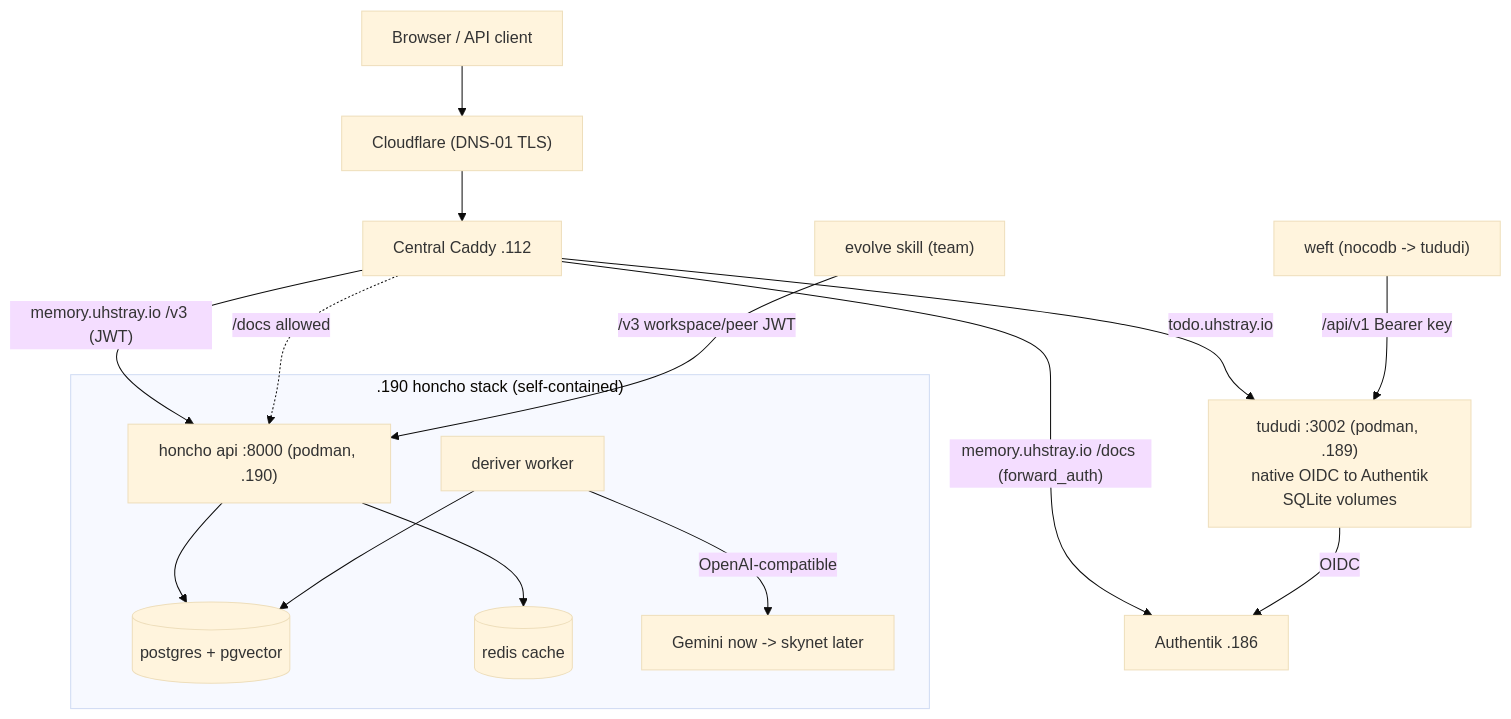
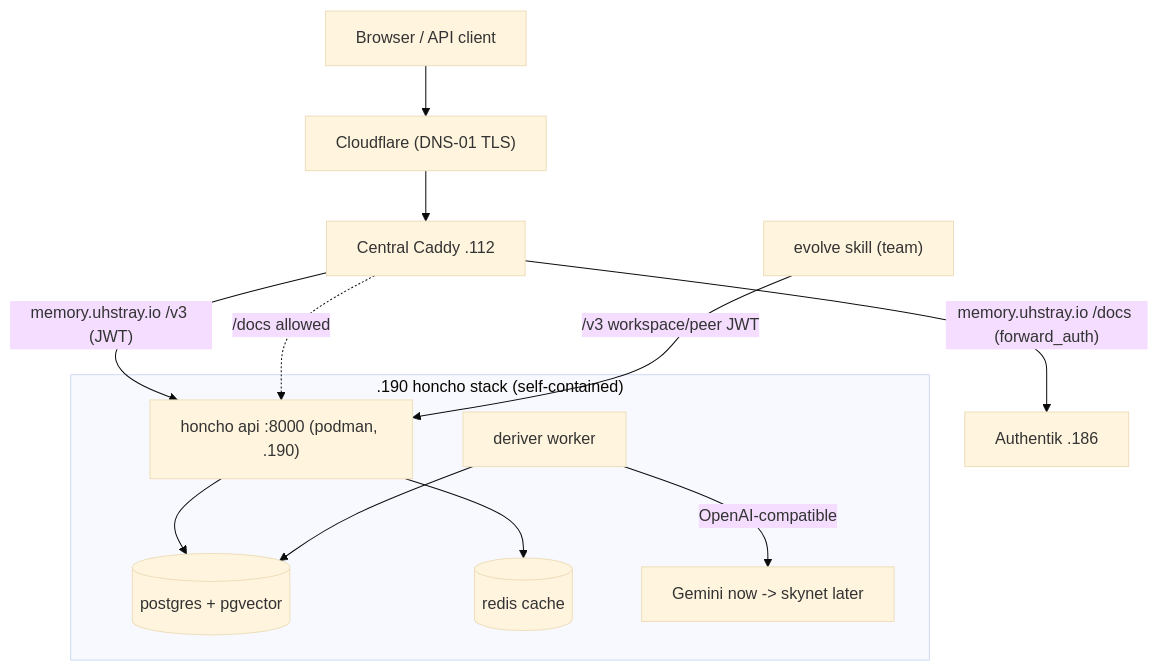
The diagram in plan/development/11-honcho-deployment.md (uhstray-io/agent-cloud), drawn with Mermaid (base theme) before and after one commit. The commit also changed other lines of this file and 16 other files, not shown here.

````diff
--- a/plan/development/11-honcho-deployment.md
+++ b/plan/development/11-honcho-deployment.md
@@ -27,22 +26,18 @@
 ```mermaid
 flowchart TD
     U["Browser / API client"] --> CF["Cloudflare (DNS-01 TLS)"]
     CF --> CAD["Central Caddy .112"]
 
-    CAD -->|"todo.uhstray.io"| TUD["tududi :3002 (podman, .189)<br/>native OIDC to Authentik<br/>SQLite volumes"]
     CAD -->|"memory.uhstray.io /v3 (JWT)"| HAPI["honcho api :8000 (podman, .190)"]
     CAD -->|"memory.uhstray.io /docs (forward_auth)"| AK["Authentik .186"]
     CAD -.->|"/docs allowed"| HAPI
-
-    TUD -->|"OIDC"| AK
 
     subgraph HONCHO[".190 honcho stack (self-contained)"]
         HAPI --> HPG[("postgres + pgvector")]
         HDER["deriver worker"] --> HPG
         HAPI --> HRED[("redis cache")]
         HDER -->|"OpenAI-compatible"| LLM["Gemini now -> skynet later"]
     end
 
-    WEFT["weft (nocodb -> tududi)"] -->|"/api/v1 Bearer key"| TUD
     EVOLVE["evolve skill (team)"] -->|"/v3 workspace/peer JWT"| HAPI
 ```
````
